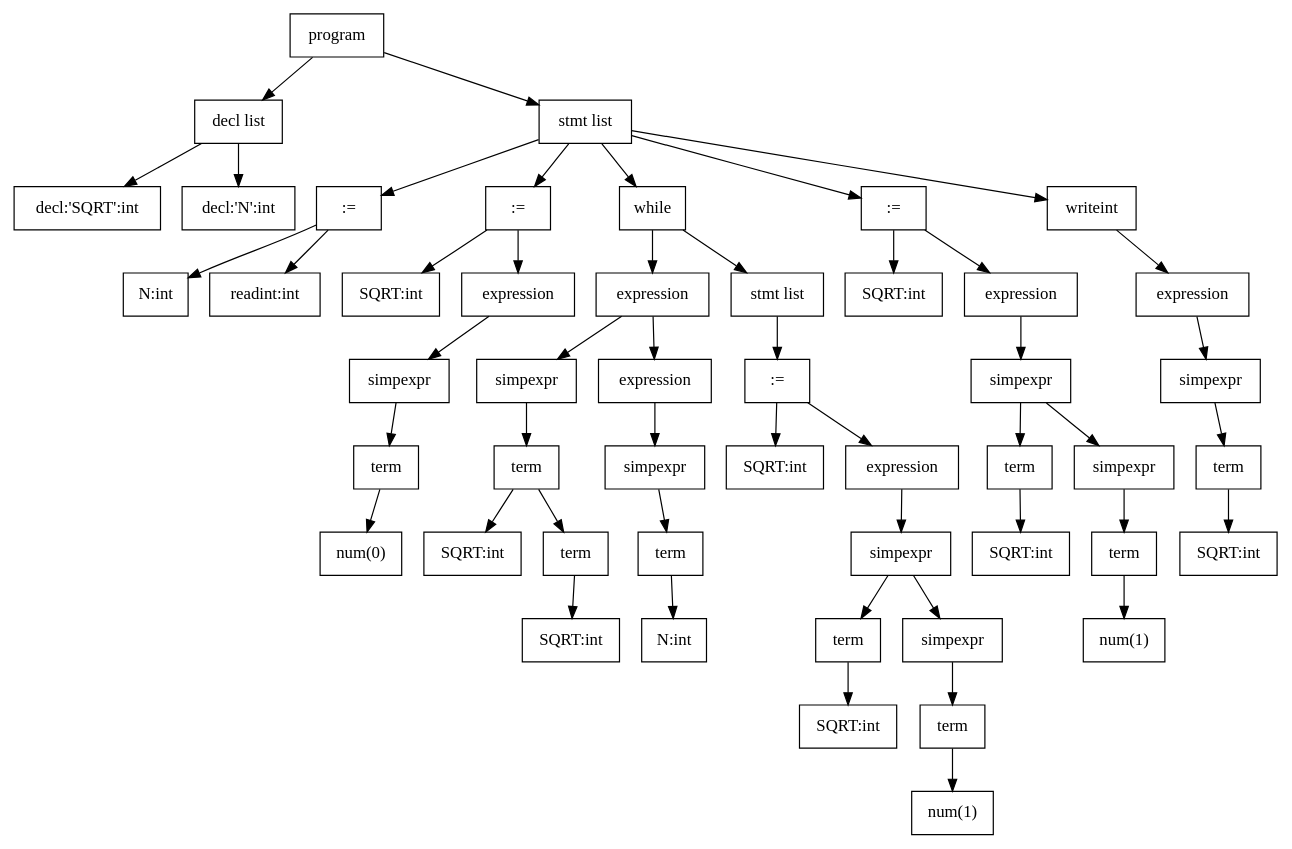
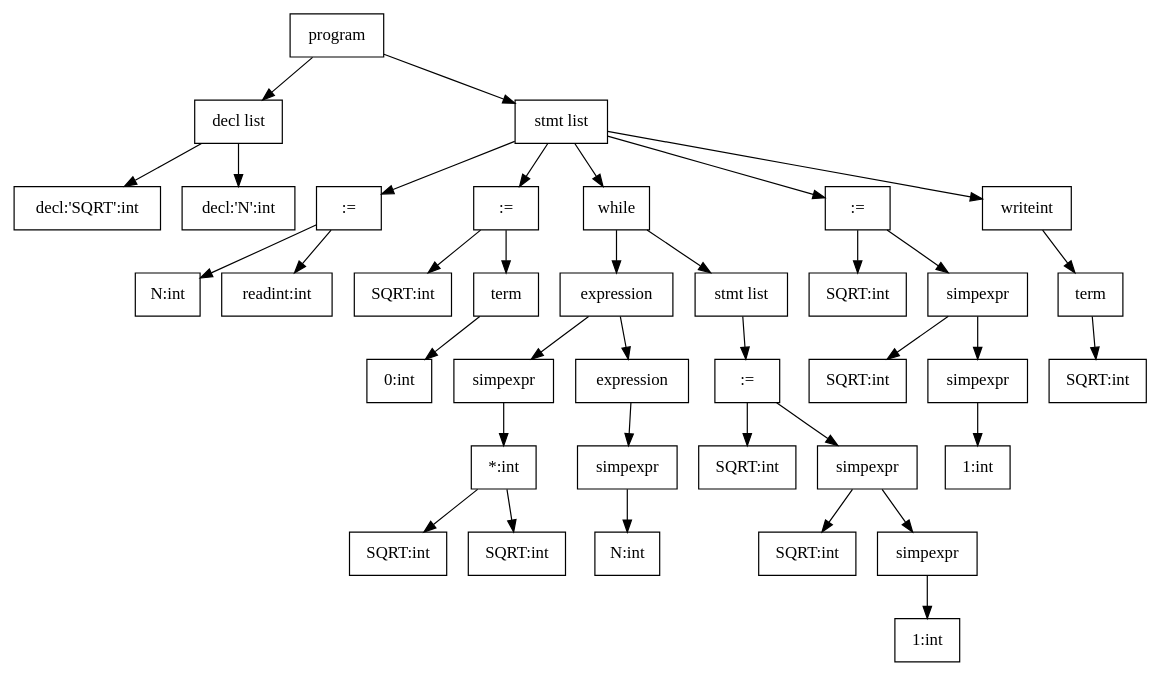
The diagram in workdir/input/sqrt.ast.dot (rodneyxr/TL15), drawn with Graphviz before and after one commit. The commit also changed 17 other files, not shown here.

```diff
--- a/workdir/input/sqrt.ast.dot
+++ b/workdir/input/sqrt.ast.dot
@@ -1,100 +1,76 @@
 digraph G {
     1[label="program",shape=box];
     0[label="decl list",shape=box];
     4[label="decl:'SQRT':int",shape=box];
     2[label="decl:'N':int",shape=box];
     6[label="stmt list",shape=box];
     7[label=":=",shape=box];
     8[label="N:int",shape=box];
     9[label="readint:int",shape=box];
     10[label=":=",shape=box];
     11[label="SQRT:int",shape=box];
-    12[label="expression",shape=box];
-    13[label="simpexpr",shape=box];
     14[label="term",shape=box];
-    15[label="num(0)",shape=box];
+    15[label="0:int",shape=box];
     16[label="while",shape=box];
     17[label="expression",shape=box];
     18[label="simpexpr",shape=box];
-    19[label="term",shape=box];
+    19[label="*:int",shape=box];
     20[label="SQRT:int",shape=box];
-    22[label="term",shape=box];
     23[label="SQRT:int",shape=box];
     25[label="expression",shape=box];
     26[label="simpexpr",shape=box];
-    27[label="term",shape=box];
     28[label="N:int",shape=box];
     30[label="stmt list",shape=box];
     31[label=":=",shape=box];
     32[label="SQRT:int",shape=box];
-    33[label="expression",shape=box];
     34[label="simpexpr",shape=box];
-    35[label="term",shape=box];
     36[label="SQRT:int",shape=box];
     38[label="simpexpr",shape=box];
-    39[label="term",shape=box];
-    40[label="num(1)",shape=box];
+    40[label="1:int",shape=box];
     41[label=":=",shape=box];
     42[label="SQRT:int",shape=box];
-    43[label="expression",shape=box];
     44[label="simpexpr",shape=box];
-    45[label="term",shape=box];
     46[label="SQRT:int",shape=box];
     48[label="simpexpr",shape=box];
-    49[label="term",shape=box];
-    50[label="num(1)",shape=box];
+    50[label="1:int",shape=box];
     51[label="writeint",shape=box];
-    52[label="expression",shape=box];
-    53[label="simpexpr",shape=box];
     54[label="term",shape=box];
     55[label="SQRT:int",shape=box];
 
     1 -> 0;
     1 -> 6;
     0 -> 4;
     0 -> 2;
     6 -> 7;
     6 -> 10;
     6 -> 16;
     6 -> 41;
     6 -> 51;
     7 -> 8;
     7 -> 9;
     10 -> 11;
-    10 -> 12;
-    12 -> 13;
-    13 -> 14;
+    10 -> 14;
     14 -> 15;
     16 -> 17;
     16 -> 30;
     17 -> 18;
     17 -> 25;
     18 -> 19;
     19 -> 20;
-    19 -> 22;
-    22 -> 23;
+    19 -> 23;
     25 -> 26;
-    26 -> 27;
-    27 -> 28;
+    26 -> 28;
     30 -> 31;
     31 -> 32;
-    31 -> 33;
-    33 -> 34;
-    34 -> 35;
+    31 -> 34;
+    34 -> 36;
     34 -> 38;
-    35 -> 36;
-    38 -> 39;
-    39 -> 40;
+    38 -> 40;
     41 -> 42;
-    41 -> 43;
-    43 -> 44;
-    44 -> 45;
+    41 -> 44;
+    44 -> 46;
     44 -> 48;
-    45 -> 46;
-    48 -> 49;
-    49 -> 50;
-    51 -> 52;
-    52 -> 53;
-    53 -> 54;
+    48 -> 50;
+    51 -> 54;
     54 -> 55;
 }
```
